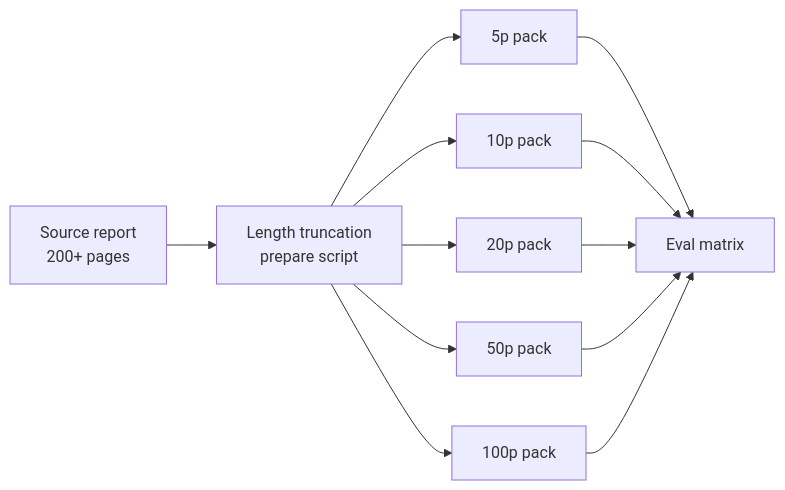
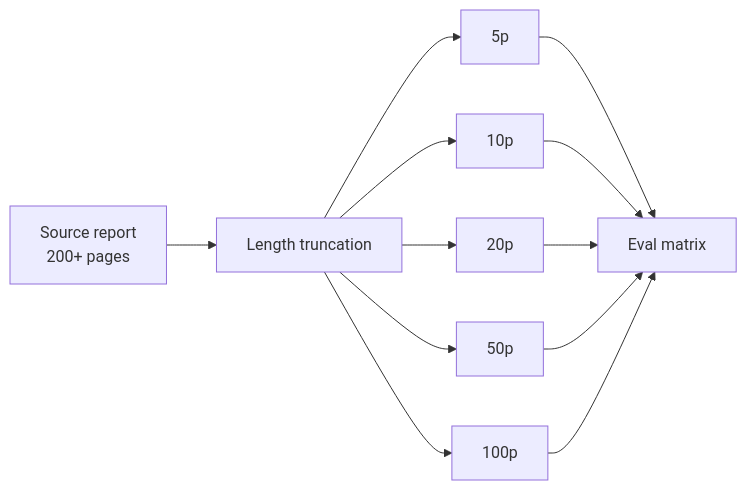
Before and after one commit to mAn-He/pdf_vlm: the fourth of 5 diagrams in README.md, drawn with Mermaid. The commit also changed other lines of this file, not shown here.

````diff
--- a/README.md
+++ b/README.md
@@ -172,14 +189,14 @@
 ```mermaid
 flowchart LR
-  SRC["Source report<br/>200+ pages"] --> CUT["Length truncation<br/>prepare script"]
-  CUT --> B5["5p pack"]
-  CUT --> B10["10p pack"]
-  CUT --> B20["20p pack"]
-  CUT --> B50["50p pack"]
-  CUT --> B100["100p pack"]
+  SRC["Source report<br/>200+ pages"] --> CUT["Length truncation"]
+  CUT --> B5["5p"]
+  CUT --> B10["10p"]
+  CUT --> B20["20p"]
+  CUT --> B50["50p"]
+  CUT --> B100["100p"]
   B5 --> M["Eval matrix"]
   B10 --> M
   B20 --> M
   B50 --> M
   B100 --> M
 ```
````
